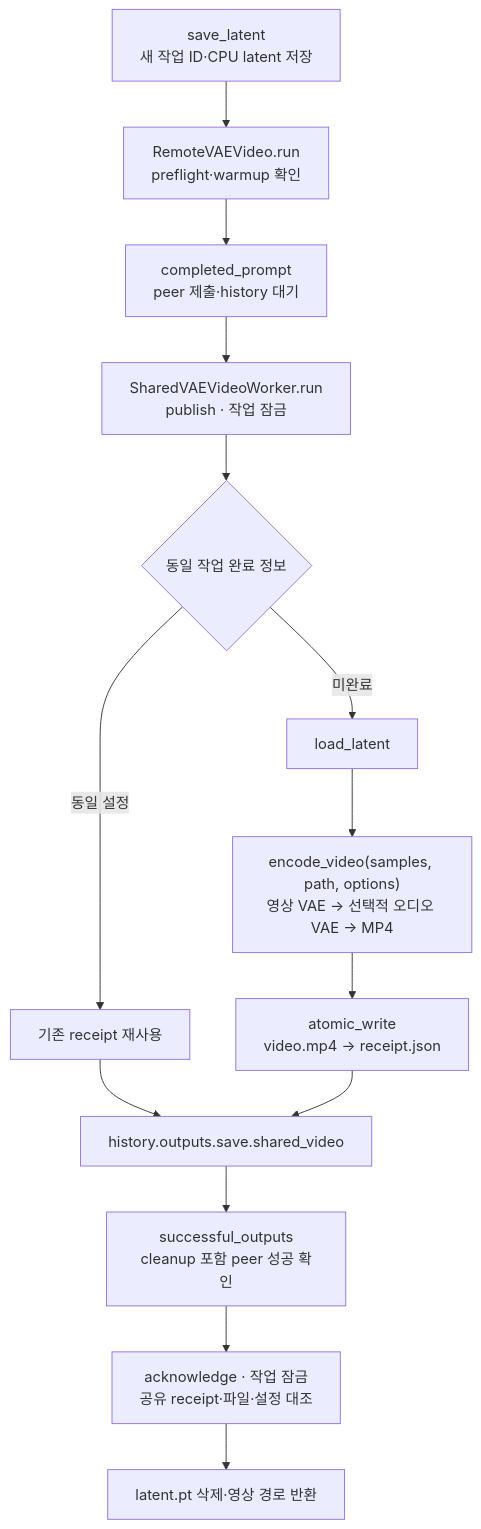
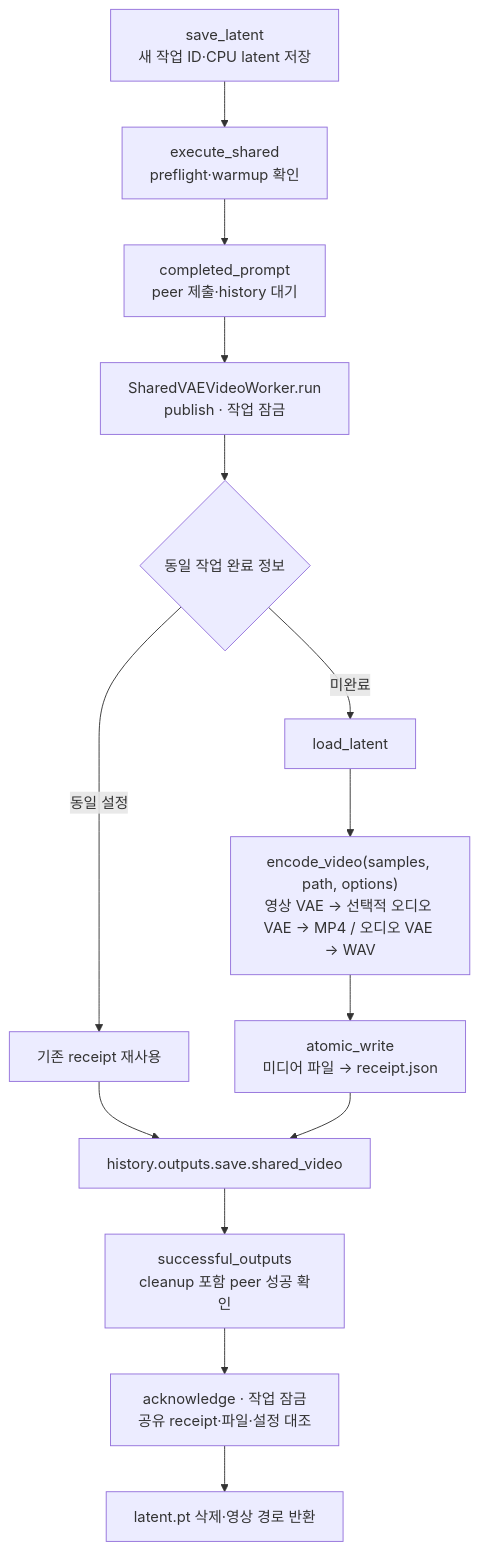
The second of 2 diagrams in docs/architecture/06-shared-video.md (pollux-o4/RemoteWorker), drawn with Mermaid before and after one commit. The commit also changed other lines of this file and 27 other files, not shown here.

Commit message:
fix: finalize shared VAE video and audio before consuming intermediates

````diff
--- a/docs/architecture/06-shared-video.md
+++ b/docs/architecture/06-shared-video.md
@@ -42,16 +43,16 @@
 ```mermaid
 flowchart TB
-    Input["save_latent<br/>새 작업 ID·CPU latent 저장"] --> Submit["RemoteVAEVideo.run<br/>preflight·warmup 확인"]
+    Input["save_latent<br/>새 작업 ID·CPU latent 저장"] --> Submit["execute_shared<br/>preflight·warmup 확인"]
     Submit --> Wait["completed_prompt<br/>peer 제출·history 대기"]
     Wait --> Publish["SharedVAEVideoWorker.run<br/>publish · 작업 잠금"]
     Publish --> Existing{동일 작업 완료 정보}
     Existing -->|동일 설정| Reuse[기존 receipt 재사용]
     Existing -->|미완료| Load[load_latent]
-    Load --> Encode["encode_video(samples, path, options)<br/>영상 VAE → 선택적 오디오 VAE → MP4"]
-    Encode --> Commit["atomic_write<br/>video.mp4 → receipt.json"]
+    Load --> Encode["encode_video(samples, path, options)<br/>영상 VAE → 선택적 오디오 VAE → MP4 / 오디오 VAE → WAV"]
+    Encode --> Commit["atomic_write<br/>미디어 파일 → receipt.json"]
     Reuse --> History["history.outputs.save.shared_video"]
     Commit --> History
     History --> Success["successful_outputs<br/>cleanup 포함 peer 성공 확인"]
     Success --> Ack["acknowledge · 작업 잠금<br/>공유 receipt·파일·설정 대조"]
     Ack --> Done["latent.pt 삭제·영상 경로 반환"]
 ```
````
